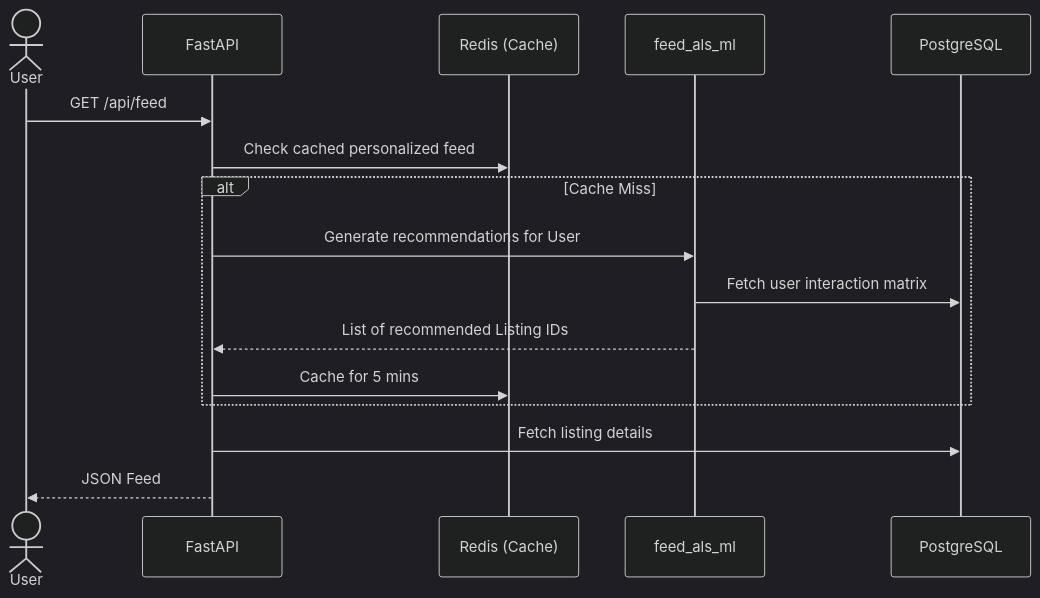
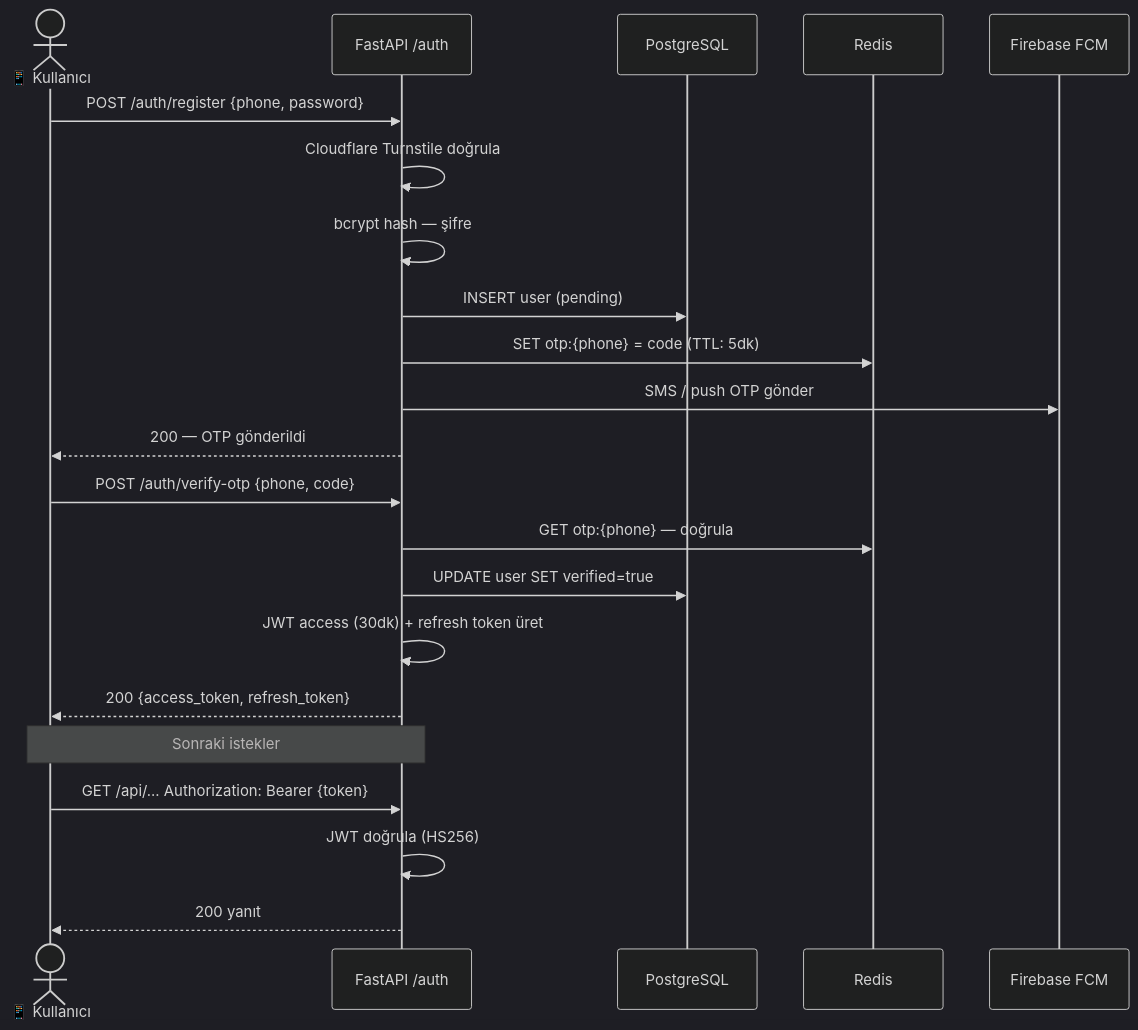
Before and after one commit to tucibeyin/teqlif: the seventh of 14 diagrams in README.md, drawn with Mermaid (dark theme). The commit also changed other lines of this file, not shown here.

````diff
--- a/README.md
+++ b/README.md
@@ -206,19 +368,27 @@
 ```mermaid
 sequenceDiagram
-    actor User
-    participant API as FastAPI
-    participant RD as Redis (Cache)
-    participant ALS as feed_als_ml
+    actor User as 📱 Kullanıcı
+    participant API as FastAPI /auth
     participant PG as PostgreSQL
-    
-    User->>API: GET /api/feed
-    API->>RD: Check cached personalized feed
-    alt Cache Miss
-        API->>ALS: Generate recommendations for User
-        ALS->>PG: Fetch user interaction matrix
-        ALS-->>API: List of recommended Listing IDs
-        API->>RD: Cache for 5 mins
-    end
-    API->>PG: Fetch listing details
-    API-->>User: JSON Feed
+    participant RD as Redis
+    participant FCM as Firebase FCM
+
+    User->>API: POST /auth/register {phone, password}
+    API->>API: Cloudflare Turnstile doğrula
+    API->>API: bcrypt hash — şifre
+    API->>PG: INSERT user (pending)
+    API->>RD: SET otp:{phone} = code (TTL: 5dk)
+    API->>FCM: SMS / push OTP gönder
+    API-->>User: 200 — OTP gönderildi
+
+    User->>API: POST /auth/verify-otp {phone, code}
+    API->>RD: GET otp:{phone} — doğrula
+    API->>PG: UPDATE user SET verified=true
+    API->>API: JWT access (30dk) + refresh token üret
+    API-->>User: 200 {access_token, refresh_token}
+
+    Note over User,API: Sonraki istekler
+    User->>API: GET /api/... Authorization: Bearer {token}
+    API->>API: JWT doğrula (HS256)
+    API-->>User: 200 yanıt
 ```
````
